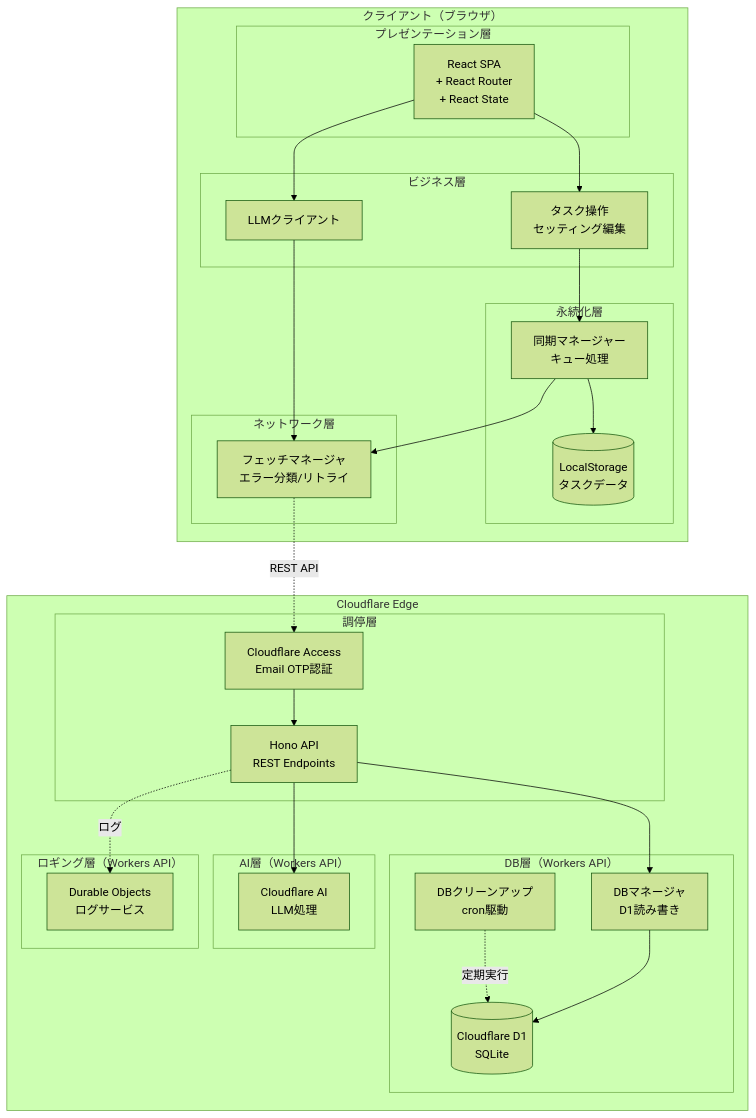
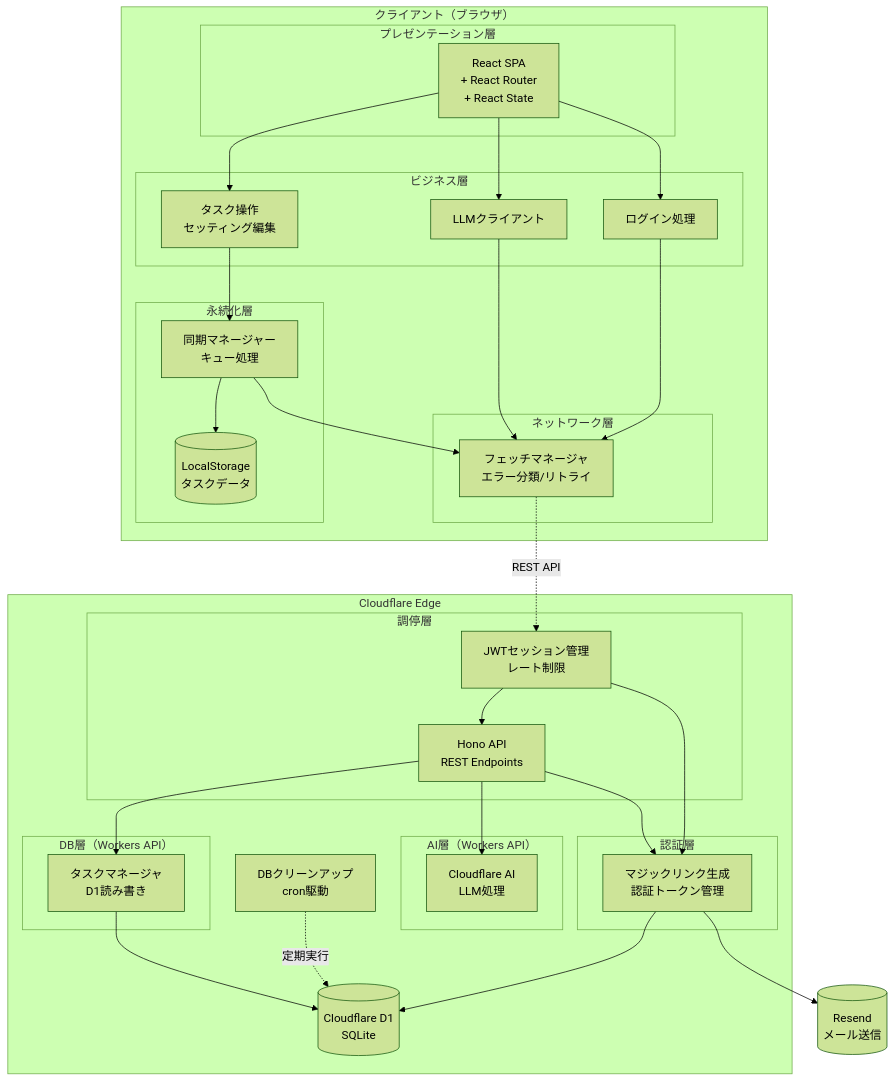
The first of 3 diagrams in doc/04_ARCHETECTURE.md (osawa-naotaka/vanishtodo), drawn with Mermaid (forest theme) before and after one commit. The commit also changed other lines of this file and 7 other files, not shown here.

````diff
--- a/doc/04_ARCHETECTURE.md
+++ b/doc/04_ARCHETECTURE.md
@@ -28,59 +28,68 @@
 ```mermaid
 graph TB
     subgraph "クライアント（ブラウザ）"
         subgraph "プレゼンテーション層"
             UI[React SPA<br/>+ React Router<br/>+ React State]
         end
         
         subgraph "ビジネス層"
             TaskOps[タスク操作<br/>セッティング編集]
             LLMClient[LLMクライアント]
+            LoginProc[ログイン処理]
         end
         
         subgraph "永続化層"
             LocalStorage[(LocalStorage<br/>タスクデータ)]
             SyncManager[同期マネージャー<br/>キュー処理]
         end
 
         subgraph "ネットワーク層"
             Fetch[フェッチマネージャ<br/>エラー分類/リトライ]
         end
     end
     
     subgraph "Cloudflare Edge"
 
         subgraph "調停層"
-            Access[Cloudflare Access<br/>Email OTP認証]
+            Access[JWTセッション管理<br/>レート制限]
             Workers[Hono API<br/>REST Endpoints]
         end
 
         subgraph "DB層（Workers API）"
-            Cron[DBクリーンアップ<br/>cron駆動]
-            DB[DBマネージャ<br/>D1読み書き]
-            D1[(Cloudflare D1<br/>SQLite)]
+            DBTask[タスクマネージャ<br/>D1読み書き]
         end
 
         subgraph "AI層（Workers API）"
             AI[Cloudflare AI<br/>LLM処理]
         end
 
-        subgraph "ロギング層（Workers API）"
-            DurableObj[Durable Objects<br/>ログサービス]
+        subgraph "認証層"
+            Magic[マジックリンク生成<br/>認証トークン管理]
         end
 
+        D1[(Cloudflare D1<br/>SQLite)]
+        Cron[DBクリーンアップ<br/>cron駆動]
+
     end
+
+    Resend[(Resend<br/>メール送信)]
     
     UI --> TaskOps
     UI --> LLMClient
+    UI --> LoginProc
     TaskOps --> SyncManager
     LLMClient --> Fetch
+    LoginProc --> Fetch
     SyncManager --> LocalStorage
     SyncManager --> Fetch
     Fetch -.REST API.-> Access
     Access --> Workers
-    Workers --> DB
-    Workers -.ログ.-> DurableObj
+    Workers --> DBTask
     Workers --> AI
+    Access --> Magic
     Cron -.定期実行.-> D1
-    DB --> D1
+    DBTask --> D1
+    Workers --> Magic
+    Magic --> D1
+    Magic --> Resend
 ```
````
